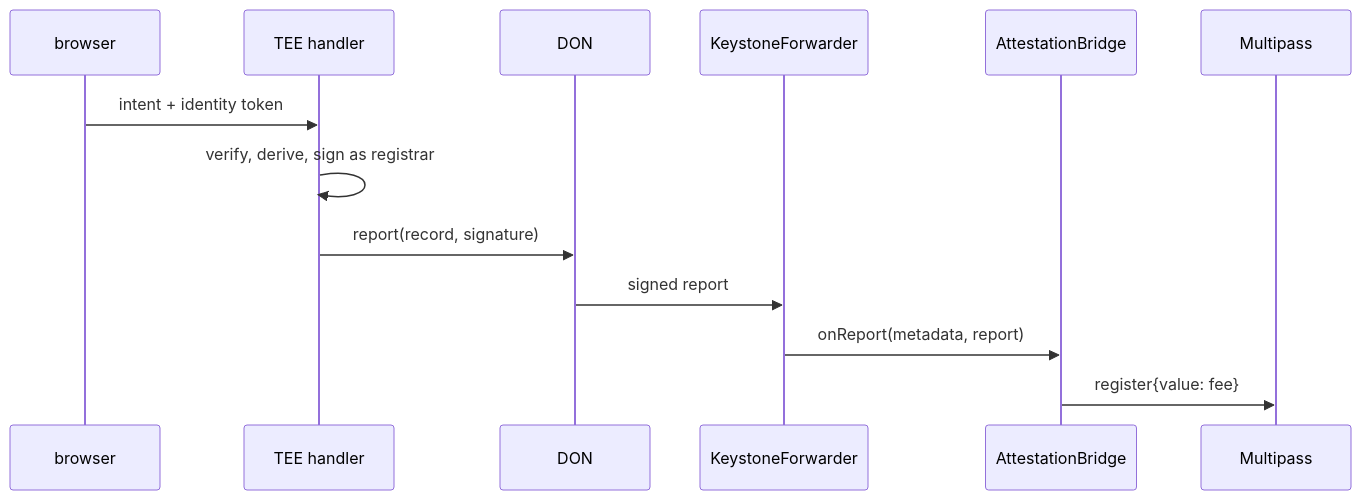
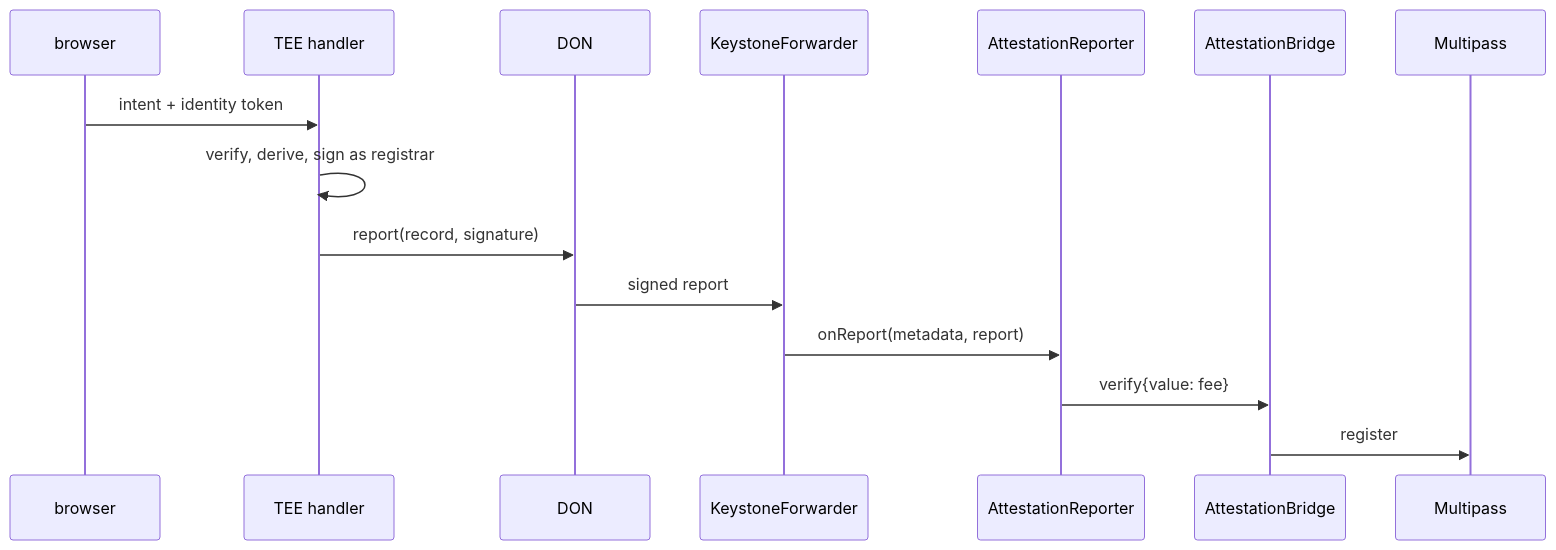
Before and after one commit to lamtrinh259/ETHGlobal_Online_2026: the diagram in packages/cre/README.md, drawn with Mermaid. The commit also changed other lines of this file and 15 other files, not shown here.

````diff
--- a/packages/cre/README.md
+++ b/packages/cre/README.md
@@ -43,15 +43,17 @@
 ```mermaid
 sequenceDiagram
   participant B as browser
   participant T as TEE handler
   participant D as DON
   participant F as KeystoneForwarder
+  participant AR as AttestationReporter
   participant AB as AttestationBridge
   participant MP as Multipass
   B->>T: intent + identity token
   T->>T: verify, derive, sign as registrar
   T->>D: report(record, signature)
   D->>F: signed report
-  F->>AB: onReport(metadata, report)
-  AB->>MP: register{value: fee}
+  F->>AR: onReport(metadata, report)
+  AR->>AB: verify{value: fee}
+  AB->>MP: register
 ```
````
